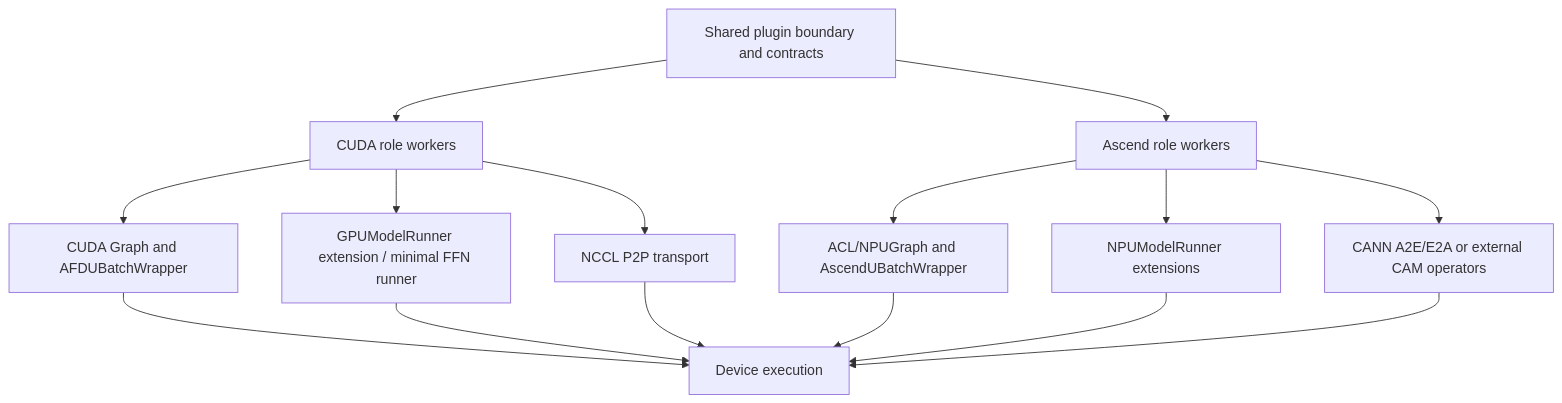
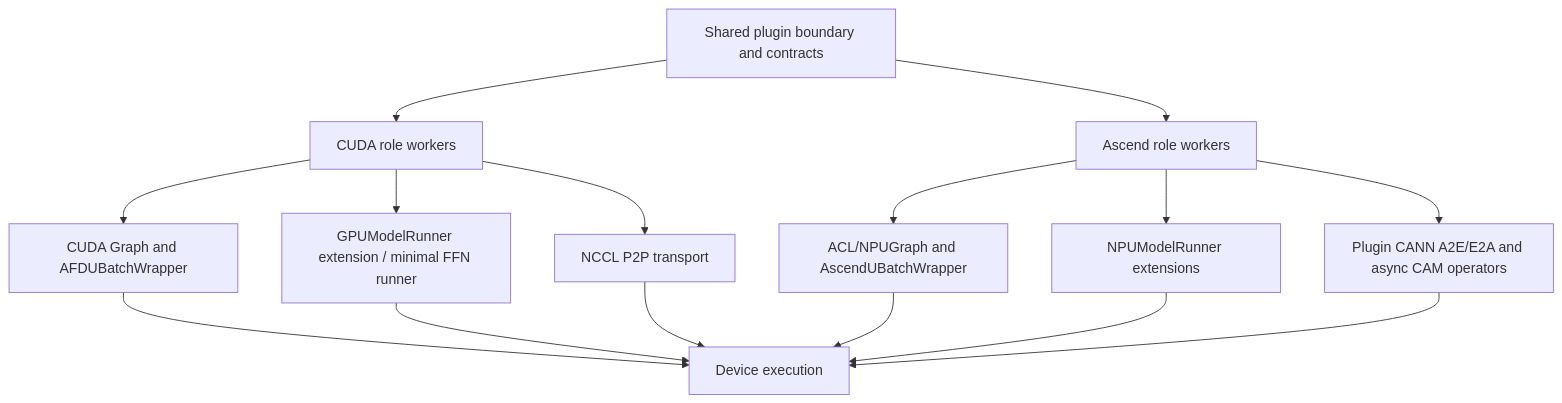
Before and after one commit to GuangyuZhu04/afd-plugin: the diagram in docs/design/module/execution_platforms.md, drawn with Mermaid. The commit also changed other lines of this file and 35 other files, not shown here.

First line of the commit message:
[NPU] Migrate async CAM to source-built routed-only operators (#363)

````diff
--- a/docs/design/module/execution_platforms.md
+++ b/docs/design/module/execution_platforms.md
@@ -109,18 +109,18 @@
 ```mermaid
 flowchart TB
     COMMON["Shared plugin boundary and contracts"]
     COMMON --> CUDA["CUDA role workers"]
     COMMON --> NPU["Ascend role workers"]
     CUDA --> GPU_RUNNERS["GPUModelRunner extension / minimal FFN runner"]
     CUDA --> CUDA_GRAPH["CUDA Graph and AFDUBatchWrapper"]
     CUDA --> NCCL["NCCL P2P transport"]
     NPU --> NPU_RUNNERS["NPUModelRunner extensions"]
     NPU --> ACL["ACL/NPUGraph and AscendUBatchWrapper"]
-    NPU --> CANN["CANN A2E/E2A or external CAM operators"]
+    NPU --> CANN["Plugin CANN A2E/E2A and async CAM operators"]
     CUDA_GRAPH --> DEVICE["Device execution"]
     GPU_RUNNERS --> DEVICE
     NCCL --> DEVICE
     ACL --> DEVICE
     NPU_RUNNERS --> DEVICE
     CANN --> DEVICE
 ```
````
